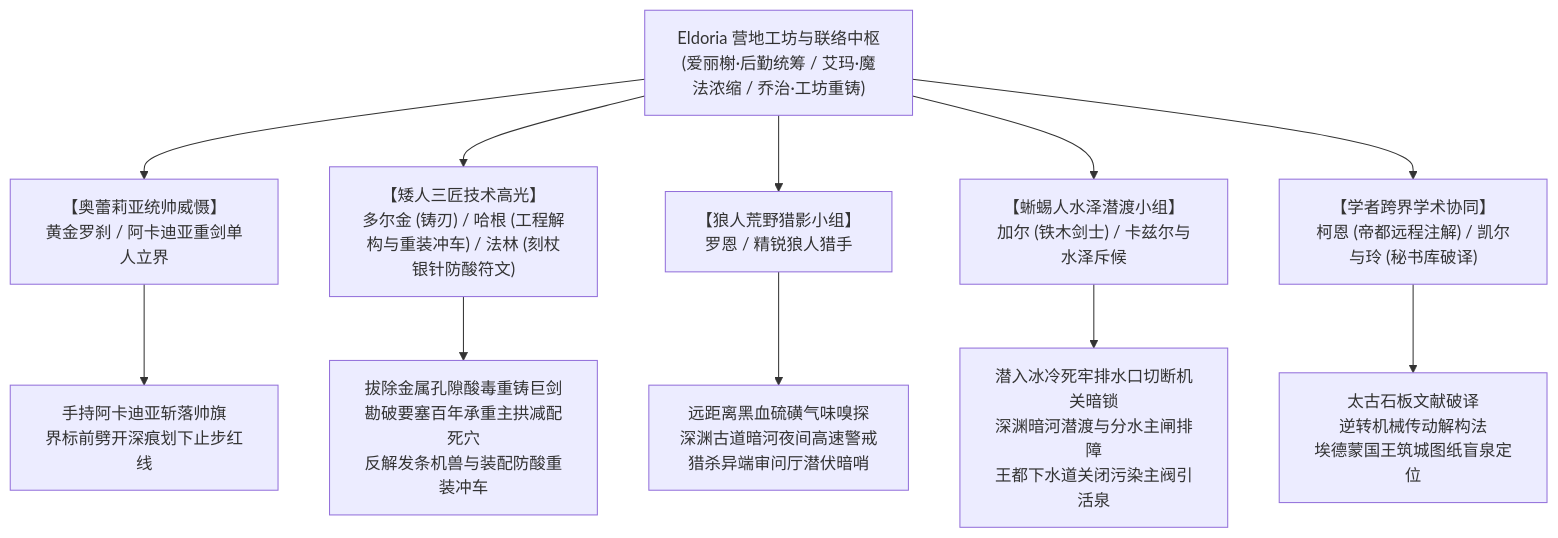
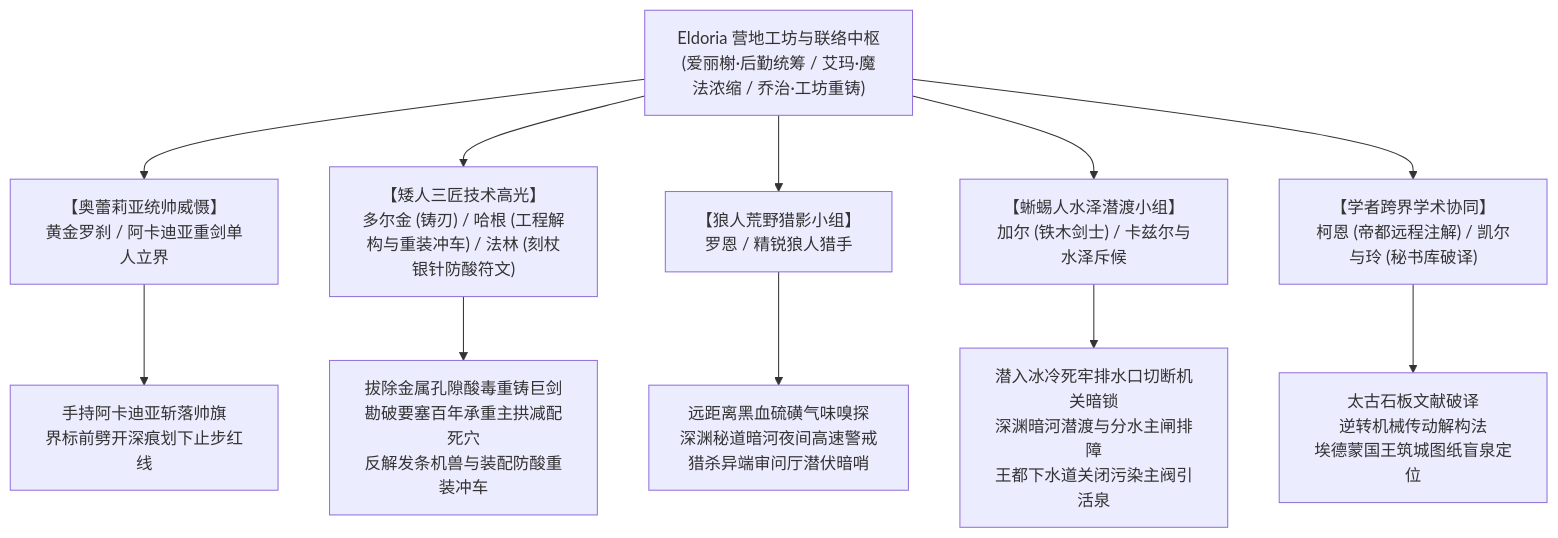
Before and after one commit to soranokiseki1437/eldoria-worldbook: the diagram in 方案/第二部/主线与世界扩充方案/05_异族特遣跨境支援动因、部族约束与战术分工方案.md, drawn with Mermaid. The commit also changed other lines of this file and 190 other files, not shown here.

Commit message:
feat(story): establish timeline tagging kanban and complete batch 01 (371-380)

````diff
--- a/方案/第二部/主线与世界扩充方案/05_异族特遣跨境支援动因、部族约束与战术分工方案.md
+++ b/方案/第二部/主线与世界扩充方案/05_异族特遣跨境支援动因、部族约束与战术分工方案.md
@@ -32,16 +32,16 @@
 ```mermaid
 graph TD
     Camp["Eldoria 营地工坊与联络中枢<br/>(爱丽榭·后勤统筹 / 艾玛·魔法浓缩 / 乔治·工坊重铸)"]
     
     Camp --> Aurelia["【奥蕾莉亚统帅威慑】<br/>黄金罗刹 / 阿卡迪亚重剑单人立界"]
     Camp --> Dwarf["【矮人三匠技术高光】<br/>多尔金 (铸刃) / 哈根 (工程解构与重装冲车) / 法林 (刻杖银针防酸符文)"]
     Camp --> Wolf["【狼人荒野猎影小组】<br/>罗恩 / 精锐狼人猎手"]
     Camp --> Lizard["【蜥蜴人水泽潜渡小组】<br/>加尔 (铁木剑士) / 卡兹尔与水泽斥候"]
     Camp --> Scholars["【学者跨界学术协同】<br/>柯恩 (帝都远程注解) / 凯尔与玲 (秘书库破译)"]
 
     Aurelia --> Au_Act["手持阿卡迪亚斩落帅旗<br/>界标前劈开深痕划下止步红线"]
     Dwarf --> D_Act["拔除金属孔隙酸毒重铸巨剑<br/>勘破要塞百年承重主拱减配死穴<br/>反解发条机兽与装配防酸重装冲车"]
-    Wolf --> W_Act["远距离黑血硫磺气味嗅探<br/>深渊古道暗河夜间高速警戒<br/>猎杀异端审问厅潜伏暗哨"]
+    Wolf --> W_Act["远距离黑血硫磺气味嗅探<br/>深渊秘道暗河夜间高速警戒<br/>猎杀异端审问厅潜伏暗哨"]
     Lizard --> L_Act["潜入冰冷死牢排水口切断机关暗锁<br/>深渊暗河潜渡与分水主闸排障<br/>王都下水道关闭污染主阀引活泉"]
     Scholars --> S_Act["太古石板文献破译<br/>逆转机械传动解构法<br/>埃德蒙国王筑城图纸盲泉定位"]
 ```
````
